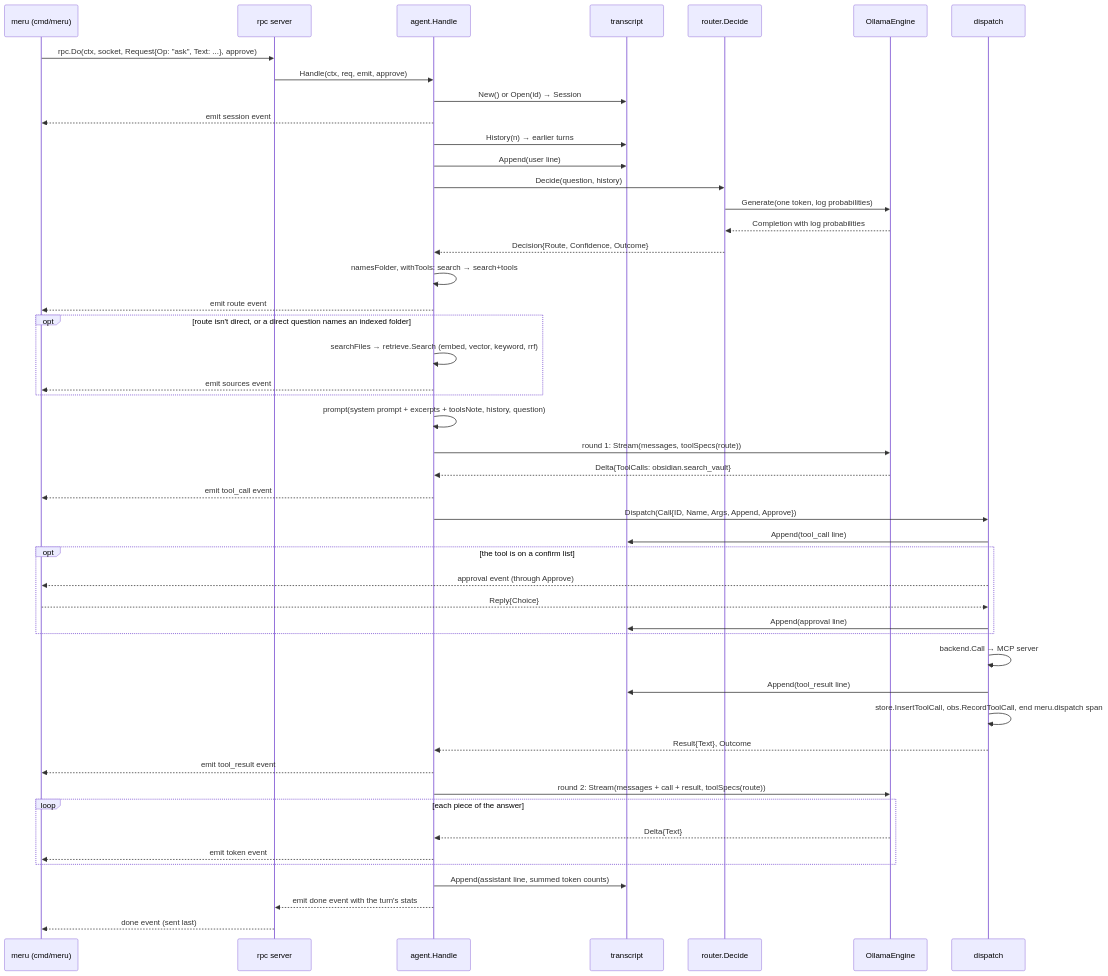
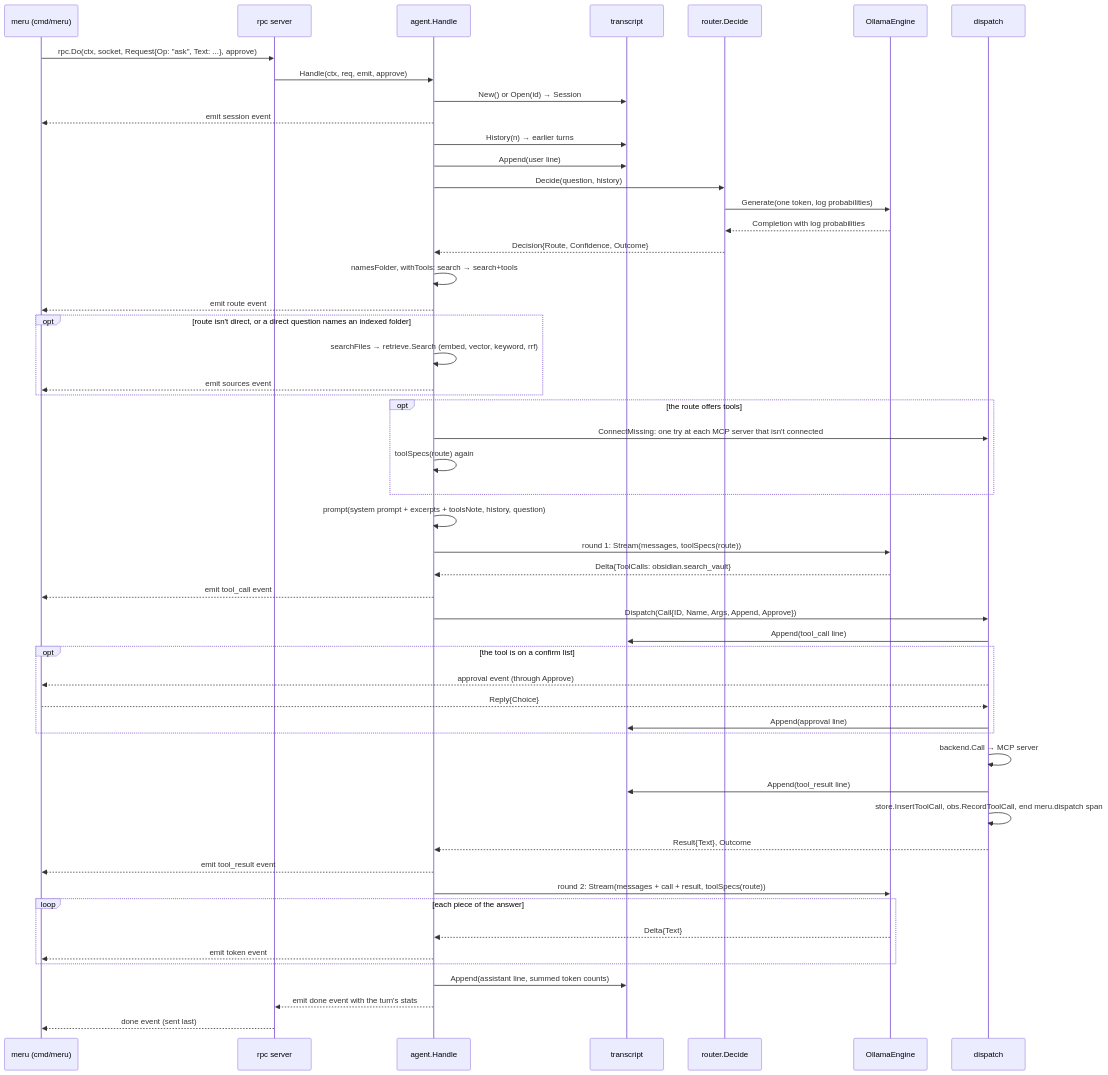
One commit to aarora79/meru changed the third of 3 diagrams in docs/lld.md. Above: the diagram before and after it, drawn with Mermaid. The commit also changed other lines of this file and 132 other files, not shown here.

````diff
--- a/docs/lld.md
+++ b/docs/lld.md
@@ -449,51 +471,55 @@
 ```mermaid
 sequenceDiagram
     participant U as meru (cmd/meru)
     participant S as rpc server
     participant A as agent.Handle
     participant T as transcript
     participant RT as router.Decide
     participant E as OllamaEngine
     participant D as dispatch
 
     U->>S: rpc.Do(ctx, socket, Request{Op: "ask", Text: ...}, approve)
     S->>A: Handle(ctx, req, emit, approve)
     A->>T: New() or Open(id) → Session
     A-->>U: emit session event
     A->>T: History(n) → earlier turns
     A->>T: Append(user line)
     A->>RT: Decide(question, history)
     RT->>E: Generate(one token, log probabilities)
     E-->>RT: Completion with log probabilities
     RT-->>A: Decision{Route, Confidence, Outcome}
     A->>A: namesFolder, withTools: search → search+tools
     A-->>U: emit route event
     opt route isn't direct, or a direct question names an indexed folder
         A->>A: searchFiles → retrieve.Search (embed, vector, keyword, rrf)
         A-->>U: emit sources event
     end
+    opt the route offers tools
+        A->>D: ConnectMissing: one try at each MCP server that isn't connected
+        A->>A: toolSpecs(route) again
+    end
     A->>A: prompt(system prompt + excerpts + toolsNote, history, question)
     A->>E: round 1: Stream(messages, toolSpecs(route))
     E-->>A: Delta{ToolCalls: obsidian.search_vault}
     A-->>U: emit tool_call event
     A->>D: Dispatch(Call{ID, Name, Args, Append, Approve})
     D->>T: Append(tool_call line)
     opt the tool is on a confirm list
         D-->>U: approval event (through Approve)
         U-->>D: Reply{Choice}
         D->>T: Append(approval line)
     end
     D->>D: backend.Call → MCP server
     D->>T: Append(tool_result line)
     D->>D: store.InsertToolCall, obs.RecordToolCall, end meru.dispatch span
     D-->>A: Result{Text}, Outcome
     A-->>U: emit tool_result event
     A->>E: round 2: Stream(messages + call + result, toolSpecs(route))
     loop each piece of the answer
         E-->>A: Delta{Text}
         A-->>U: emit token event
     end
     A->>T: Append(assistant line, summed token counts)
     A-->>S: emit done event with the turn's stats
     S-->>U: done event (sent last)
 ```
````
